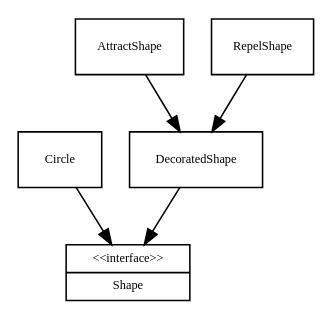
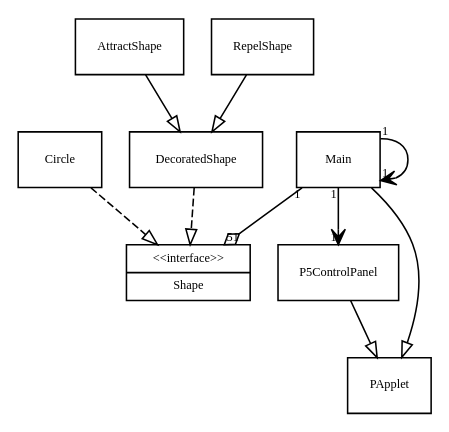
One commit to SandroMiccoli/Smart-visual-agents changed the diagram in doc/data/simpleuml.dot. Above: the diagram before and after it, drawn with Graphviz. The commit also changed 2 other files, not shown here.

Commit message:
Simple UML Diagram

```diff
--- a/doc/data/simpleuml.dot
+++ b/doc/data/simpleuml.dot
@@ -1,49 +1,72 @@
 digraph G {
         fontname = "Bitstream Vera Sans"
         fontsize = 8
 
         node [
                 group = a
                 fontname = "Bitstream Vera Sans"
                 fontsize = 8
                 shape = "record"
         ]
 
 
         edge [
                 fontname = "Bitstream Vera Sans"
                 fontsize = 8
         ]
 
         Shape [
                 label = "{\<\<interface\>\>|Shape}"
         ]
         Circle [
                 label = "{Circle}"
         ]
         DecoratedShape [
                 label = "{DecoratedShape}"
         ]
         
         AttractShape [
                 label = "{AttractShape}"
         ]
 
         RepelShape [
                 label = "{RepelShape}"
         ]
 
+        Main [
+                label = "{Main}"
+        ]
 
-        Circle -> Shape
-        DecoratedShape -> Shape
-        AttractShape -> DecoratedShape
-        RepelShape -> DecoratedShape
+        P5ControlPanel [
+                label = "{P5ControlPanel}"
+        ]
+
+        PApplet [
+                label = "{PApplet}"
+        ]
+
+
+        Circle -> Shape [arrowhead="empty", style="dashed"]
+        DecoratedShape -> Shape [arrowhead="empty", style="dashed"]
+
+        AttractShape -> DecoratedShape [arrowhead="empty"]
+        RepelShape -> DecoratedShape [arrowhead="empty"]
+
+        Main -> PApplet [arrowhead="empty"]
+        P5ControlPanel -> PApplet [arrowhead="empty"]
+
+        Main -> Shape [arrowhead="odiamond", headlabel = "51", taillabel = "1"]
+
+
+        Main -> Main [arrowhead="vee", headlabel = "1", taillabel = "1"]
+        Main -> P5ControlPanel [arrowhead="vee", headlabel = "1", taillabel = "1"]
+
 
         edge [
                 arrowhead = "none"
 
                 headlabel = "0..*"
                 taillabel = "1"
         ]
 
 }
```
